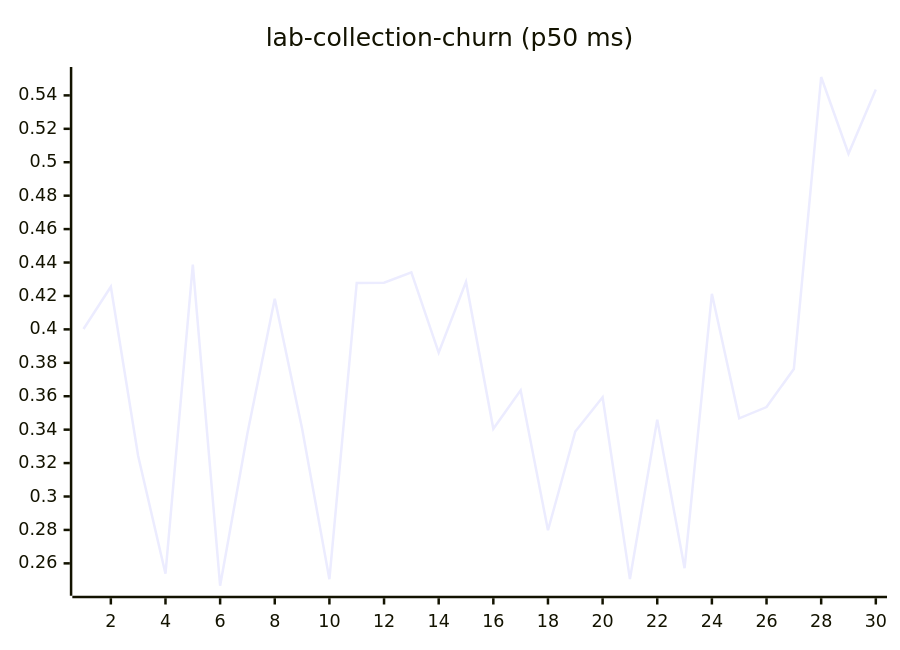
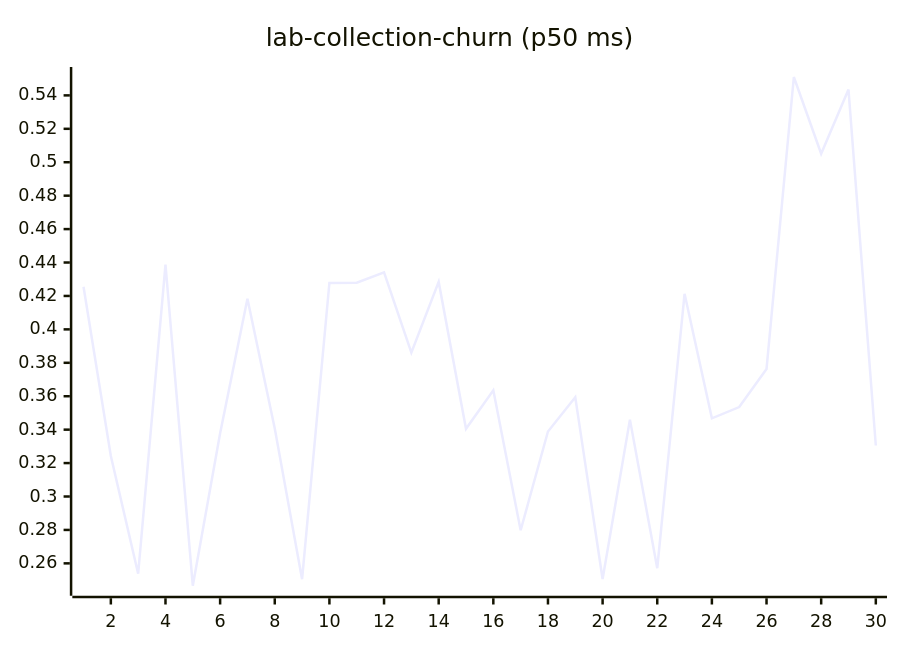
Before and after one commit to josha/Facet: diagram 11 of 27 in README.md, drawn with Mermaid. The commit also changed other lines of this file and 2 other files, not shown here.

````diff
--- a/README.md
+++ b/README.md
@@ -133,6 +133,6 @@
 ```mermaid
 xychart-beta
     title "lab-collection-churn (p50 ms)"
     x-axis 1 --> 30
-    line [0.4002, 0.4255, 0.3242, 0.2538, 0.4387, 0.2466, 0.3379, 0.4183, 0.3407, 0.2505, 0.4278, 0.4279, 0.4341, 0.3861, 0.4284, 0.3405, 0.3635, 0.2798, 0.3389, 0.3594, 0.2506, 0.3460, 0.2571, 0.4213, 0.3468, 0.3535, 0.3763, 0.5510, 0.5051, 0.5435]
+    line [0.4255, 0.3242, 0.2538, 0.4387, 0.2466, 0.3379, 0.4183, 0.3407, 0.2505, 0.4278, 0.4279, 0.4341, 0.3861, 0.4284, 0.3405, 0.3635, 0.2798, 0.3389, 0.3594, 0.2506, 0.3460, 0.2571, 0.4213, 0.3468, 0.3535, 0.3763, 0.5510, 0.5051, 0.5435, 0.3305]
 ```
````
